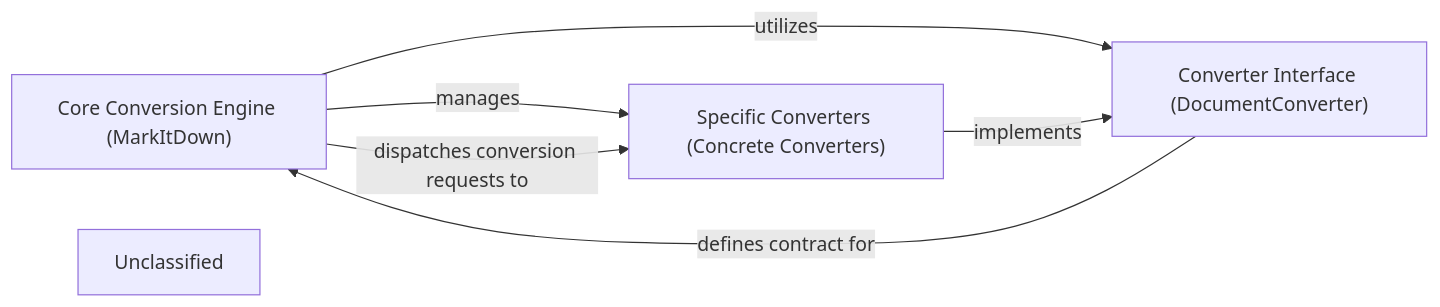
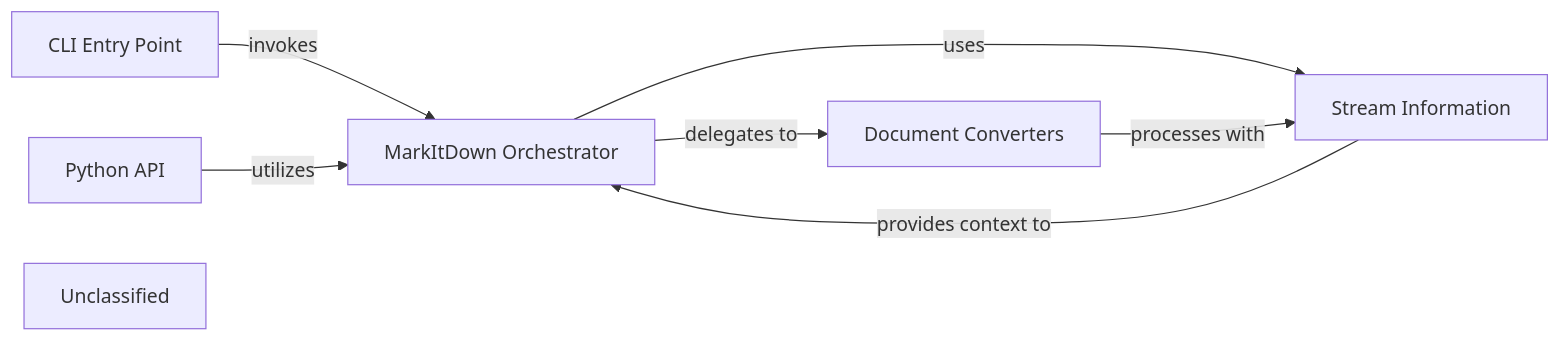
The diagram in markitdown/Core_Conversion_Engine.md (CodeBoarding/GeneratedOnBoardings), drawn with Mermaid before and after one commit. The commit also changed other lines of this file and 6 other files, not shown here.

````diff
--- a/markitdown/Core_Conversion_Engine.md
+++ b/markitdown/Core_Conversion_Engine.md
@@ -1,12 +1,16 @@
 ```mermaid
 graph LR
-    Core_Conversion_Engine_MarkItDown_["Core Conversion Engine (MarkItDown)"]
-    Converter_Interface_DocumentConverter_["Converter Interface (DocumentConverter)"]
-    Specific_Converters_Concrete_Converters_["Specific Converters (Concrete Converters)"]
+    MarkItDown_Orchestrator["MarkItDown Orchestrator"]
+    Stream_Information["Stream Information"]
+    CLI_Entry_Point["CLI Entry Point"]
+    Python_API["Python API"]
+    Document_Converters["Document Converters"]
     Unclassified["Unclassified"]
-    Core_Conversion_Engine_MarkItDown_ -- "utilizes" --> Converter_Interface_DocumentConverter_
-    Core_Conversion_Engine_MarkItDown_ -- "manages" --> Specific_Converters_Concrete_Converters_
-    Specific_Converters_Concrete_Converters_ -- "implements" --> Converter_Interface_DocumentConverter_
-    Converter_Interface_DocumentConverter_ -- "defines contract for" --> Core_Conversion_Engine_MarkItDown_
-    Core_Conversion_Engine_MarkItDown_ -- "dispatches conversion requests to" --> Specific_Converters_Concrete_Converters_
+    CLI_Entry_Point -- "invokes" --> MarkItDown_Orchestrator
+    Python_API -- "utilizes" --> MarkItDown_Orchestrator
+    MarkItDown_Orchestrator -- "delegates to" --> Document_Converters
+    Stream_Information -- "provides context to" --> MarkItDown_Orchestrator
+    MarkItDown_Orchestrator -- "uses" --> Stream_Information
+    Document_Converters -- "processes with" --> Stream_Information
+    click Document_Converters href "https://github.com/CodeBoarding/GeneratedOnBoardings/blob/main/markitdown/Document_Converters.md" "Details"
 ```
````
